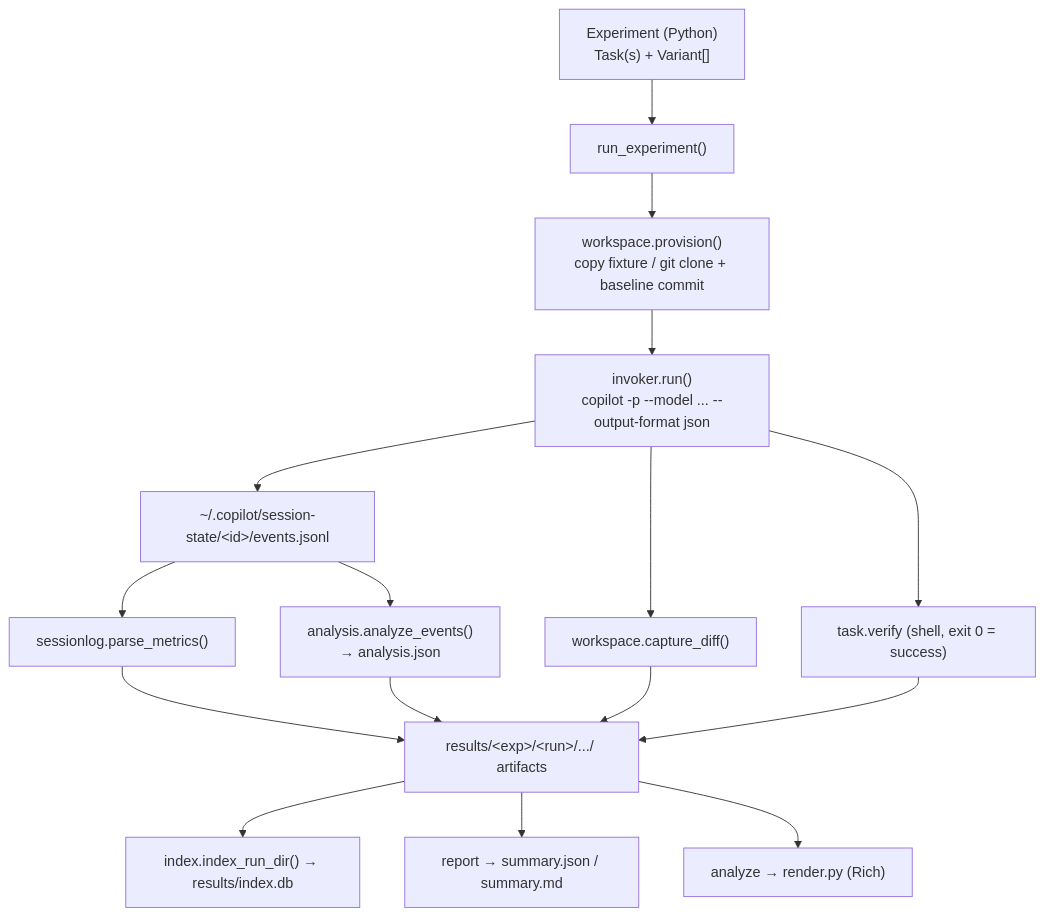
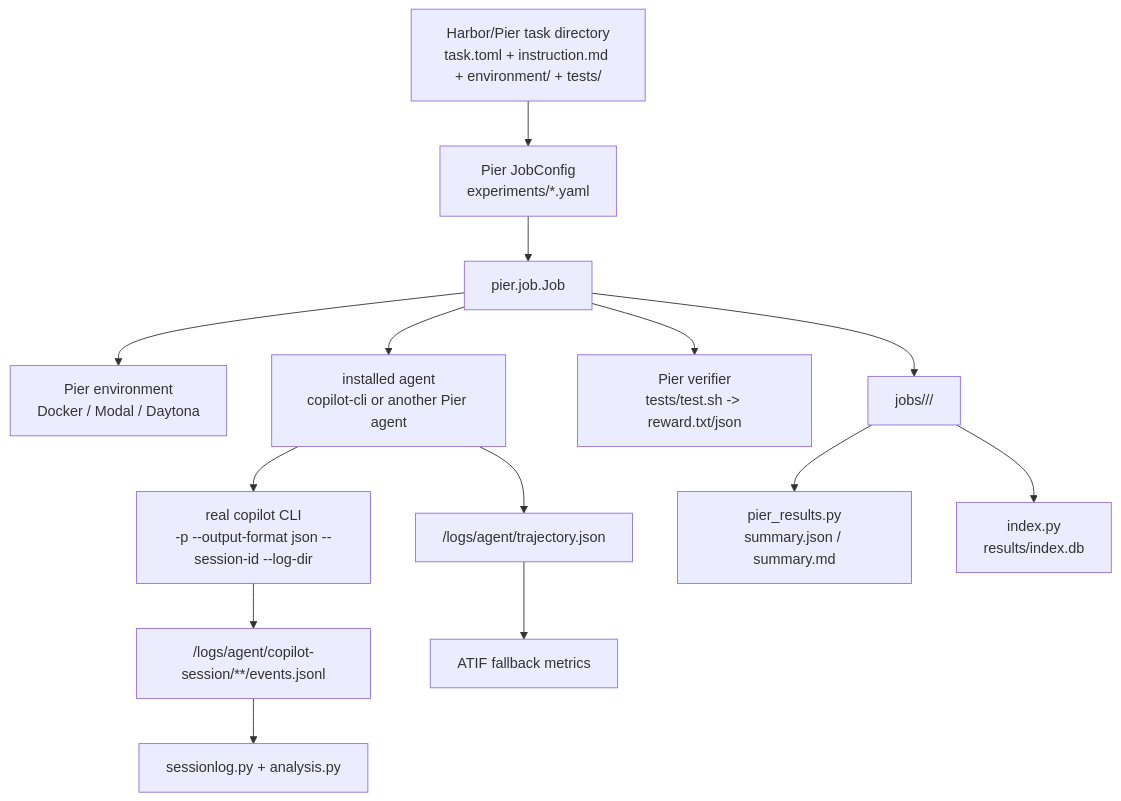
The diagram in docs/architecture.md (dbroeglin/github-copilot-lab), drawn with Mermaid before and after one commit. The commit also changed other lines of this file and 117 other files, not shown here.

First line of the commit message:
Refactor experiments around Pier jobs

````diff
--- a/docs/architecture.md
+++ b/docs/architecture.md
@@ -8,18 +9,16 @@
 ```mermaid
 flowchart TD
-    EXP["Experiment (Python)\nTask(s) + Variant[]"] --> RUN["run_experiment()"]
-    RUN --> PROV["workspace.provision()\ncopy fixture / git clone + baseline commit"]
-    PROV --> INV["invoker.run()\ncopilot -p --model ... --output-format json"]
-    INV --> SS["~/.copilot/session-state/&lt;id&gt;/events.jsonl"]
-    SS --> PARSE["sessionlog.parse_metrics()"]
-    INV --> DIFF["workspace.capture_diff()"]
-    INV --> VERIFY["task.verify (shell, exit 0 = success)"]
-    PARSE --> ART["results/&lt;exp&gt;/&lt;run&gt;/.../ artifacts"]
-    SS --> ANA["analysis.analyze_events()\n→ analysis.json"]
-    ANA --> ART
-    DIFF --> ART
-    VERIFY --> ART
-    ART --> IDX["index.index_run_dir() → results/index.db"]
-    ART --> REP["report → summary.json / summary.md"]
-    ART --> CLIA["analyze → render.py (Rich)"]
+    TASK["Harbor/Pier task directory\ntask.toml + instruction.md + environment/ + tests/"] --> CFG["Pier JobConfig\nexperiments/*.yaml"]
+    CFG --> JOB["pier.job.Job"]
+    JOB --> ENV["Pier environment\nDocker / Modal / Daytona"]
+    JOB --> AGENT["installed agent\ncopilot-cli or another Pier agent"]
+    AGENT --> CLI["real copilot CLI\n-p --output-format json --session-id --log-dir"]
+    CLI --> EVENTS["/logs/agent/copilot-session/**/events.jsonl"]
+    AGENT --> ATIF["/logs/agent/trajectory.json"]
+    JOB --> VERIFY["Pier verifier\ntests/test.sh -> reward.txt/json"]
+    JOB --> OUT["jobs/<job>/<trial>/"]
+    EVENTS --> ANALYSIS["sessionlog.py + analysis.py"]
+    ATIF --> FALLBACK["ATIF fallback metrics"]
+    OUT --> SUMMARY["pier_results.py\nsummary.json / summary.md"]
+    OUT --> INDEX["index.py\nresults/index.db"]
 ```
````
